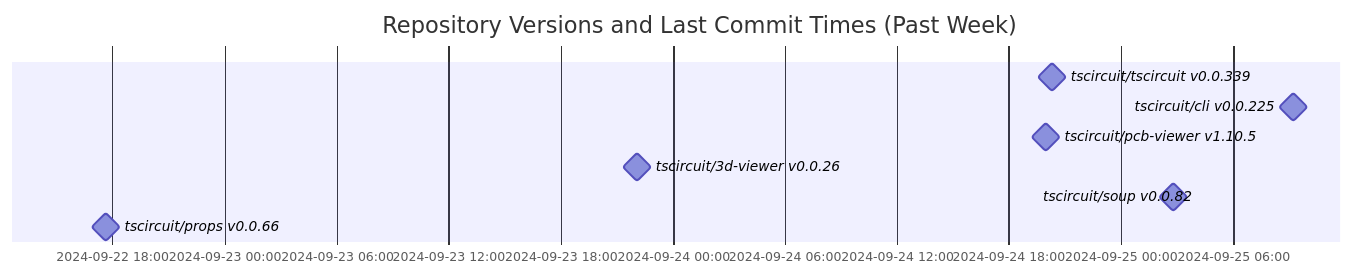
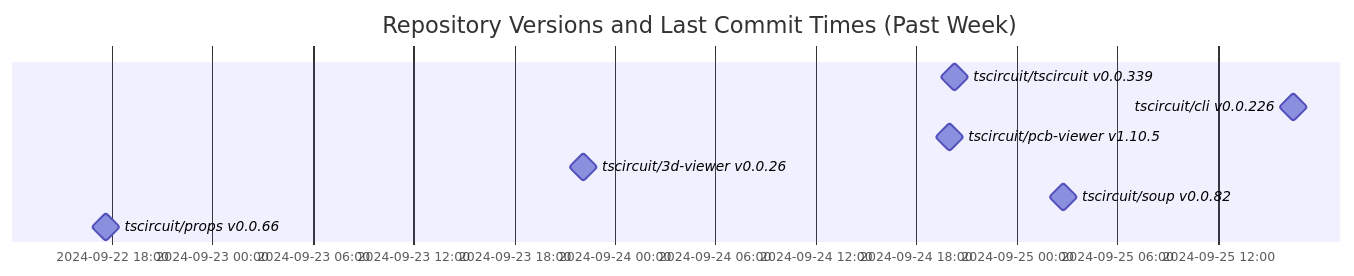
The diagram in README.md (tscircuit/version-tracker), drawn with Mermaid before and after one commit.

Commit message:
Update chart

````diff
--- a/README.md
+++ b/README.md
@@ -1,13 +1,13 @@
 ```mermaid
 gantt
   dateFormat  YYYY-MM-DD HH:mm:ss
   title Repository Versions and Last Commit Times (Past Week)
   axisFormat %Y-%m-%d %H:%M
 
   tscircuit/tscircuit v0.0.339 : milestone, 2024-09-24 20:18:14, 1s
-  tscircuit/cli v0.0.225 : milestone, 2024-09-25 09:13:35, 1s
+  tscircuit/cli v0.0.226 : milestone, 2024-09-25 16:30:25, 1s
   tscircuit/pcb-viewer v1.10.5 : milestone, 2024-09-24 19:58:10, 1s
   tscircuit/3d-viewer v0.0.26 : milestone, 2024-09-23 22:06:33, 1s
   tscircuit/soup v0.0.82 : milestone, 2024-09-25 02:48:20, 1s
   tscircuit/props v0.0.66 : milestone, 2024-09-22 17:38:44, 1s
 ```
````
